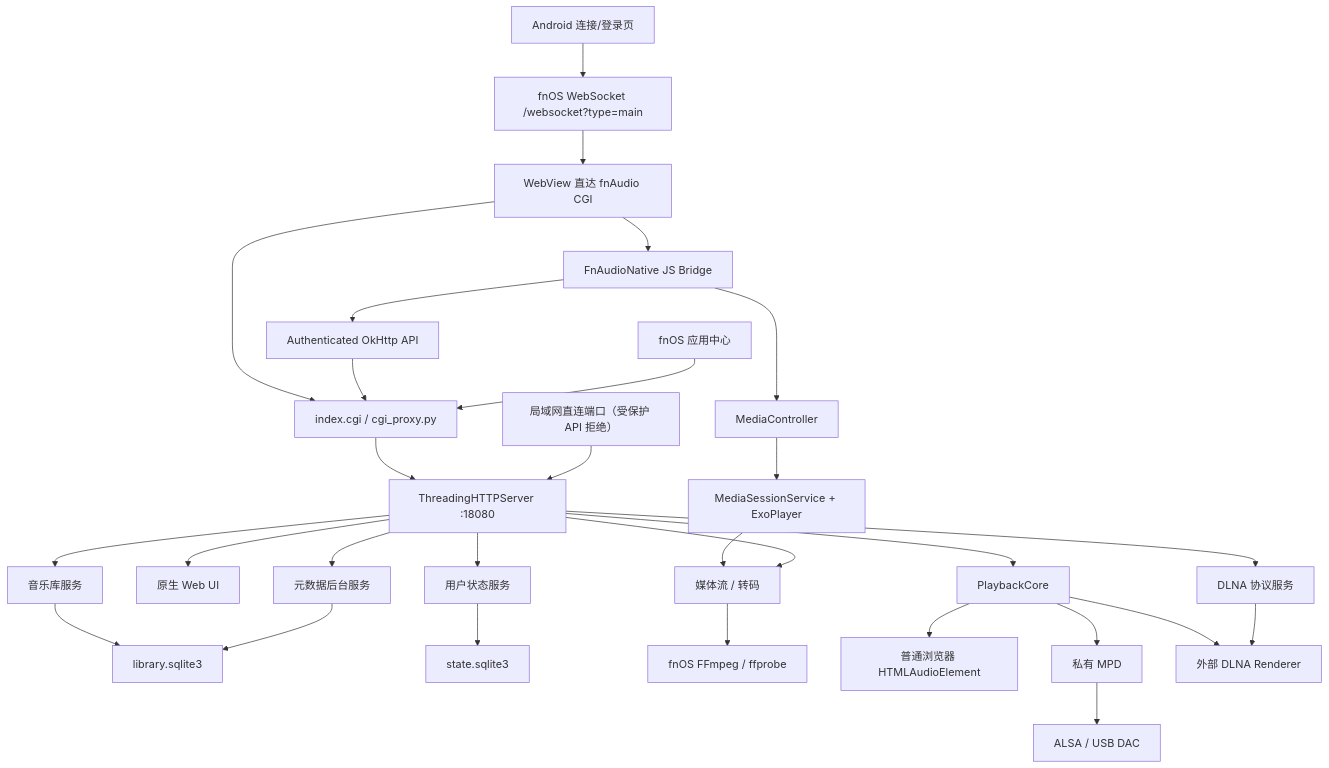
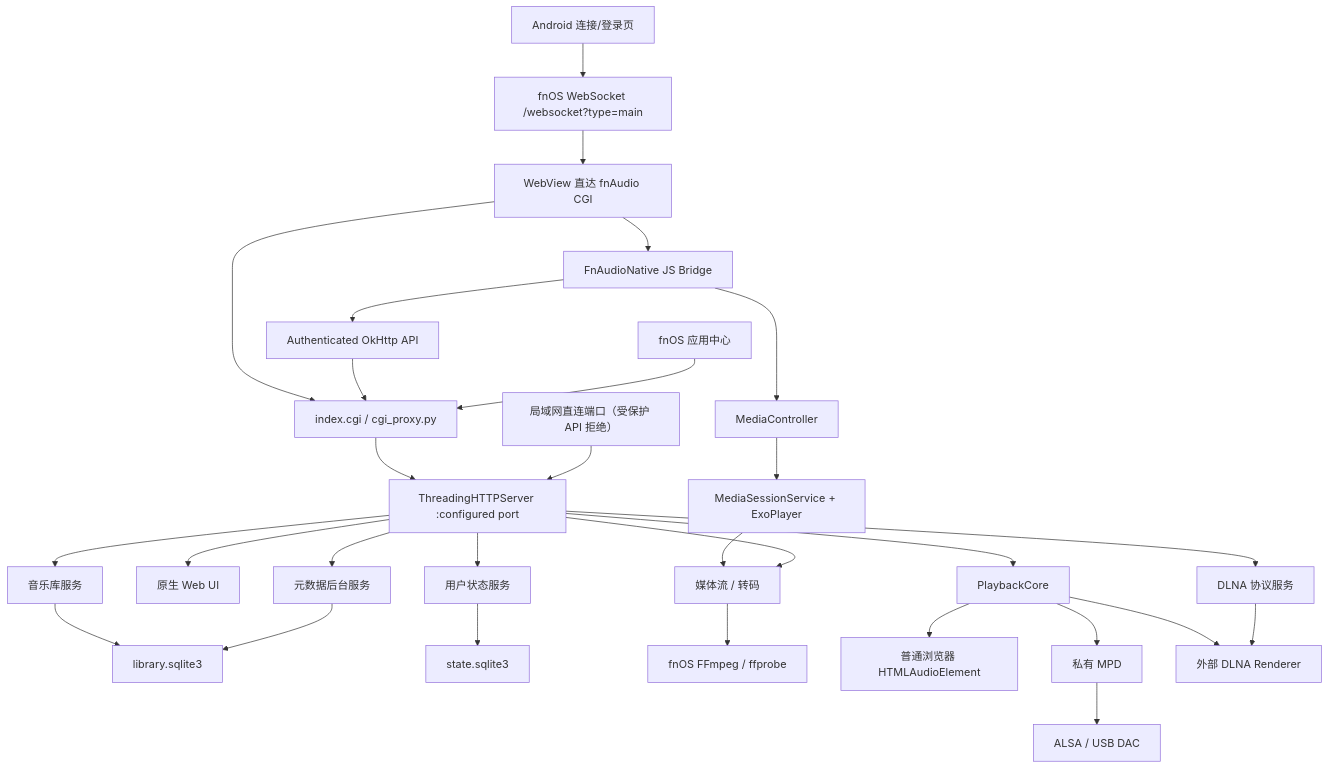
The diagram in ARCHITECTURE.md (vinson023/fnaudio), drawn with Mermaid before and after one commit. The commit also changed other lines of this file and 25 other files, not shown here.

````diff
--- a/ARCHITECTURE.md
+++ b/ARCHITECTURE.md
@@ -21,35 +21,35 @@
 ```mermaid
 flowchart TD
     LOGIN["Android 连接/登录页"] --> WS["fnOS WebSocket /websocket?type=main"]
     WS --> WEBVIEW["WebView 直达 fnAudio CGI"]
     WEBVIEW --> CGI
     WEBVIEW --> BRIDGE["FnAudioNative JS Bridge"]
     BRIDGE --> AUTHHTTP["Authenticated OkHttp API"]
     AUTHHTTP --> CGI
     BRIDGE --> CONTROLLER["MediaController"]
     CONTROLLER --> SERVICE["MediaSessionService + ExoPlayer"]
     SERVICE --> MEDIA
 
     FNOS["fnOS 应用中心"] --> CGI["index.cgi / cgi_proxy.py"]
-    CGI --> HTTP["ThreadingHTTPServer :18080"]
+    CGI --> HTTP["ThreadingHTTPServer :configured port"]
     DIRECT["局域网直连端口（受保护 API 拒绝）"] --> HTTP
 
     HTTP --> UI["原生 Web UI"]
     HTTP --> LIB["音乐库服务"]
     HTTP --> CORE["PlaybackCore"]
     HTTP --> DLNA["DLNA 协议服务"]
     HTTP --> META["元数据后台服务"]
     HTTP --> STATE["用户状态服务"]
     HTTP --> MEDIA["媒体流 / 转码"]
 
     LIB --> DB["library.sqlite3"]
     META --> DB
     STATE --> SDB["state.sqlite3"]
     MEDIA --> FFMPEG["fnOS FFmpeg / ffprobe"]
 
     CORE --> BROWSER["普通浏览器 HTMLAudioElement"]
     CORE --> MPD["私有 MPD"]
     MPD --> ALSA["ALSA / USB DAC"]
     CORE --> EXTERNAL["外部 DLNA Renderer"]
     DLNA --> EXTERNAL
 ```
````
